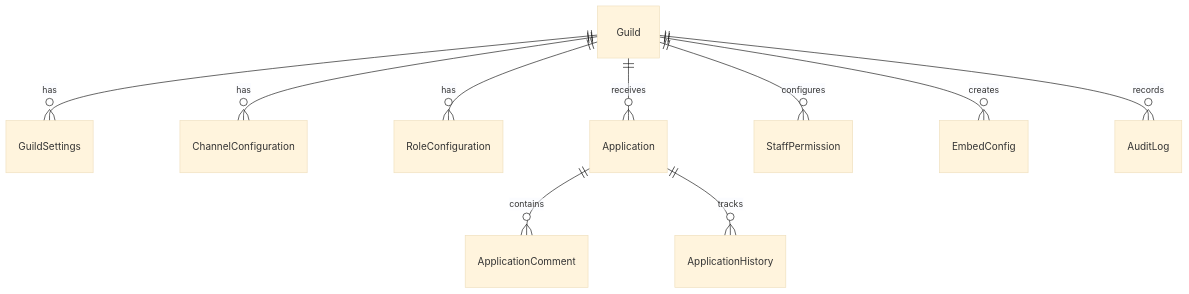
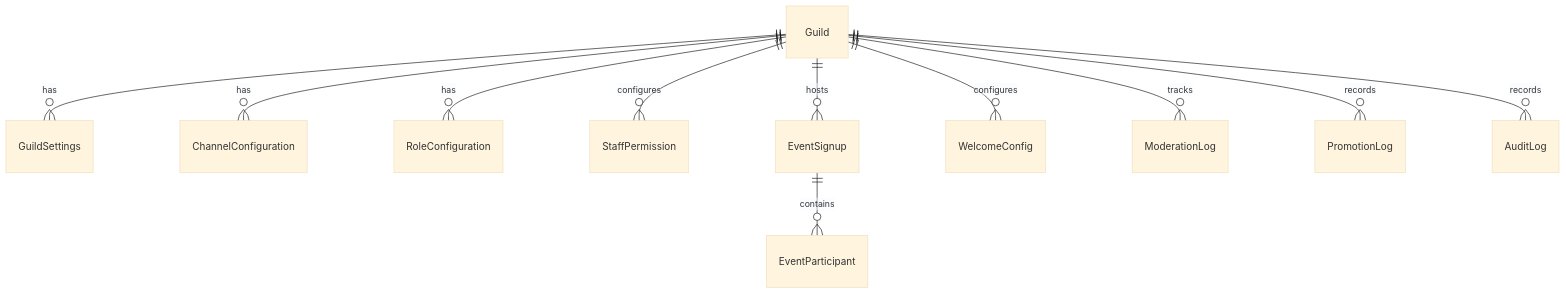
One commit to SantoshM5050/SMcore changed the diagram in DATABASE.md. Above: the diagram before and after it, drawn with Mermaid (base theme). The commit also changed other lines of this file and 97 other files, not shown here.

````diff
--- a/DATABASE.md
+++ b/DATABASE.md
@@ -9,12 +9,13 @@
 ```mermaid
 erDiagram
     Guild ||--o{ GuildSettings : has
     Guild ||--o{ ChannelConfiguration : has
     Guild ||--o{ RoleConfiguration : has
-    Guild ||--o{ Application : receives
     Guild ||--o{ StaffPermission : configures
-    Guild ||--o{ EmbedConfig : creates
+    Guild ||--o{ EventSignup : hosts
+    Guild ||--o{ WelcomeConfig : configures
+    Guild ||--o{ ModerationLog : tracks
+    Guild ||--o{ PromotionLog : records
     Guild ||--o{ AuditLog : records
-    Application ||--o{ ApplicationComment : contains
-    Application ||--o{ ApplicationHistory : tracks
+    EventSignup ||--o{ EventParticipant : contains
 ```
````
